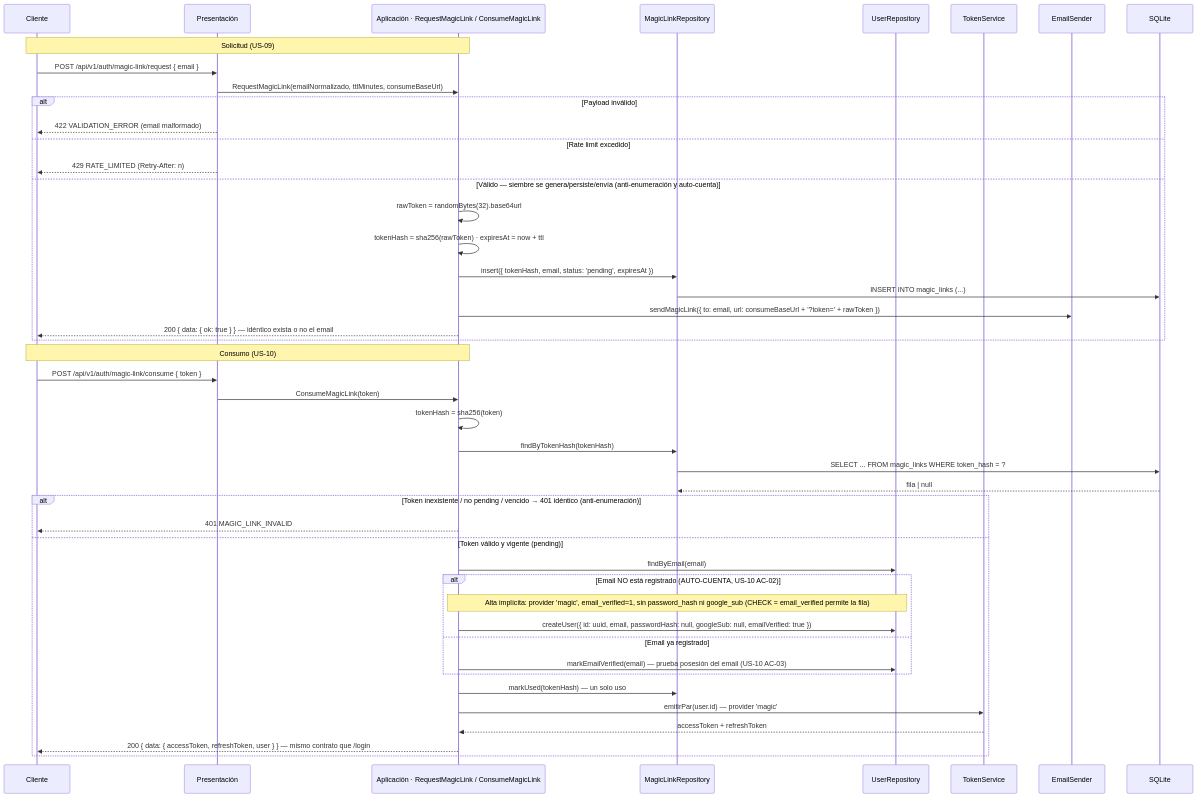
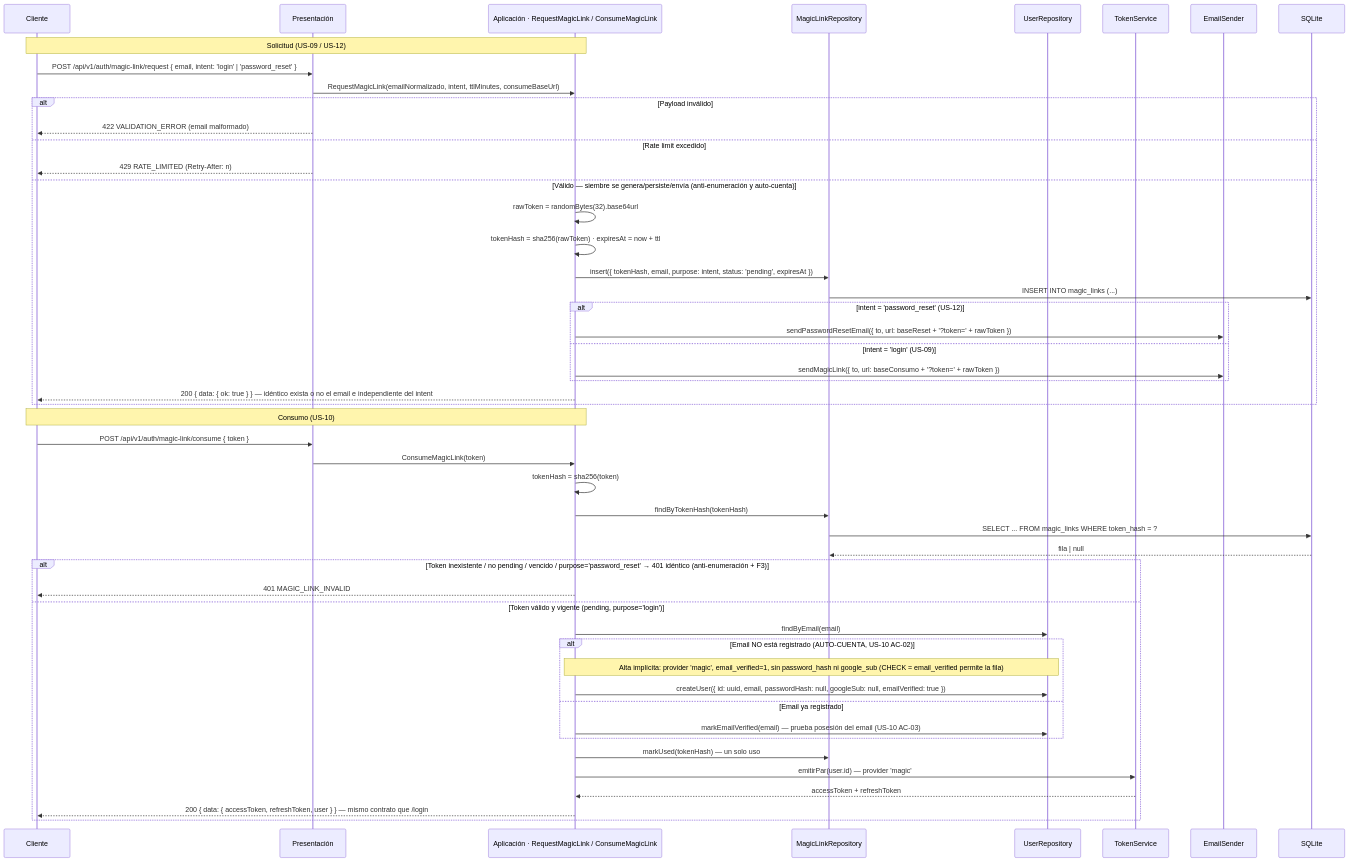
One commit to dpa70-dev/auth-api changed the sixth of 8 diagrams in docs/02-flujos-registro-autenticacion.md. Above: the diagram before and after it, drawn with Mermaid. The commit also changed other lines of this file and 37 other files, not shown here.

First line of the commit message:
feat(auth): cambio y recuperación de contraseña vía magic link (US-11/12)

````diff
--- a/docs/02-flujos-registro-autenticacion.md
+++ b/docs/02-flujos-registro-autenticacion.md
@@ -276,52 +276,56 @@
 ```mermaid
 sequenceDiagram
     participant C as Cliente
     participant P as Presentación
     participant A as Aplicación · RequestMagicLink / ConsumeMagicLink
     participant M as MagicLinkRepository
     participant R as UserRepository
     participant T as TokenService
     participant E as EmailSender
     participant DB as SQLite
 
-    Note over C,A: Solicitud (US-09)
-    C->>P: POST /api/v1/auth/magic-link/request { email }
-    P->>A: RequestMagicLink(emailNormalizado, ttlMinutes, consumeBaseUrl)
+    Note over C,A: Solicitud (US-09 / US-12)
+    C->>P: POST /api/v1/auth/magic-link/request { email, intent: 'login' | 'password_reset' }
+    P->>A: RequestMagicLink(emailNormalizado, intent, ttlMinutes, consumeBaseUrl)
 
     alt Payload inválido
         P-->>C: 422 VALIDATION_ERROR (email malformado)
     else Rate limit excedido
         P-->>C: 429 RATE_LIMITED (Retry-After: n)
     else Válido — siembre se genera/persiste/envía (anti-enumeración y auto-cuenta)
         A->>A: rawToken = randomBytes(32).base64url
         A->>A: tokenHash = sha256(rawToken) · expiresAt = now + ttl
-        A->>M: insert({ tokenHash, email, status: 'pending', expiresAt })
+        A->>M: insert({ tokenHash, email, purpose: intent, status: 'pending', expiresAt })
         M->>DB: INSERT INTO magic_links (...)
-        A->>E: sendMagicLink({ to: email, url: consumeBaseUrl + '?token=' + rawToken })
-        A-->>C: 200 { data: { ok: true } } — idéntico exista o no el email
+        alt intent = 'password_reset' (US-12)
+            A->>E: sendPasswordResetEmail({ to, url: baseReset + '?token=' + rawToken })
+        else intent = 'login' (US-09)
+            A->>E: sendMagicLink({ to, url: baseConsumo + '?token=' + rawToken })
+        end
+        A-->>C: 200 { data: { ok: true } } — idéntico exista o no el email e independiente del intent
     end
 
     Note over C,A: Consumo (US-10)
     C->>P: POST /api/v1/auth/magic-link/consume { token }
     P->>A: ConsumeMagicLink(token)
     A->>A: tokenHash = sha256(token)
     A->>M: findByTokenHash(tokenHash)
     M->>DB: SELECT ... FROM magic_links WHERE token_hash = ?
     DB-->>M: fila | null
 
-    alt Token inexistente / no pending / vencido → 401 idéntico (anti-enumeración)
+    alt Token inexistente / no pending / vencido / purpose='password_reset' → 401 idéntico (anti-enumeración + F3)
         A-->>C: 401 MAGIC_LINK_INVALID
-    else Token válido y vigente (pending)
+    else Token válido y vigente (pending, purpose='login')
         A->>R: findByEmail(email)
         alt Email NO está registrado (AUTO-CUENTA, US-10 AC-02)
             Note over A,R: Alta implícita: provider 'magic', email_verified=1, sin password_hash ni google_sub (CHECK = email_verified permite la fila)
             A->>R: createUser({ id: uuid, email, passwordHash: null, googleSub: null, emailVerified: true })
         else Email ya registrado
             A->>R: markEmailVerified(email) — prueba posesión del email (US-10 AC-03)
         end
         A->>M: markUsed(tokenHash) — un solo uso
         A->>T: emitirPar(user.id) — provider 'magic'
         T-->>A: accessToken + refreshToken
         A-->>C: 200 { data: { accessToken, refreshToken, user } } — mismo contrato que /login
     end
 ```
````
